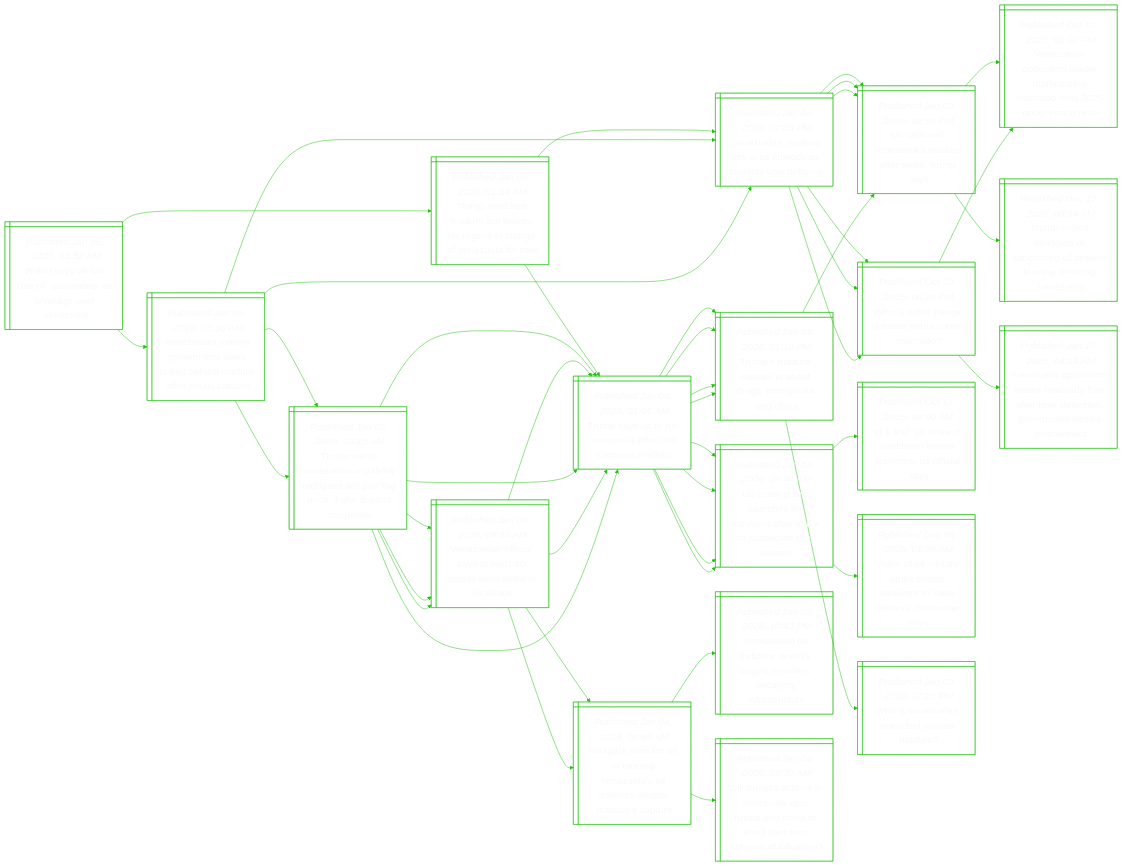
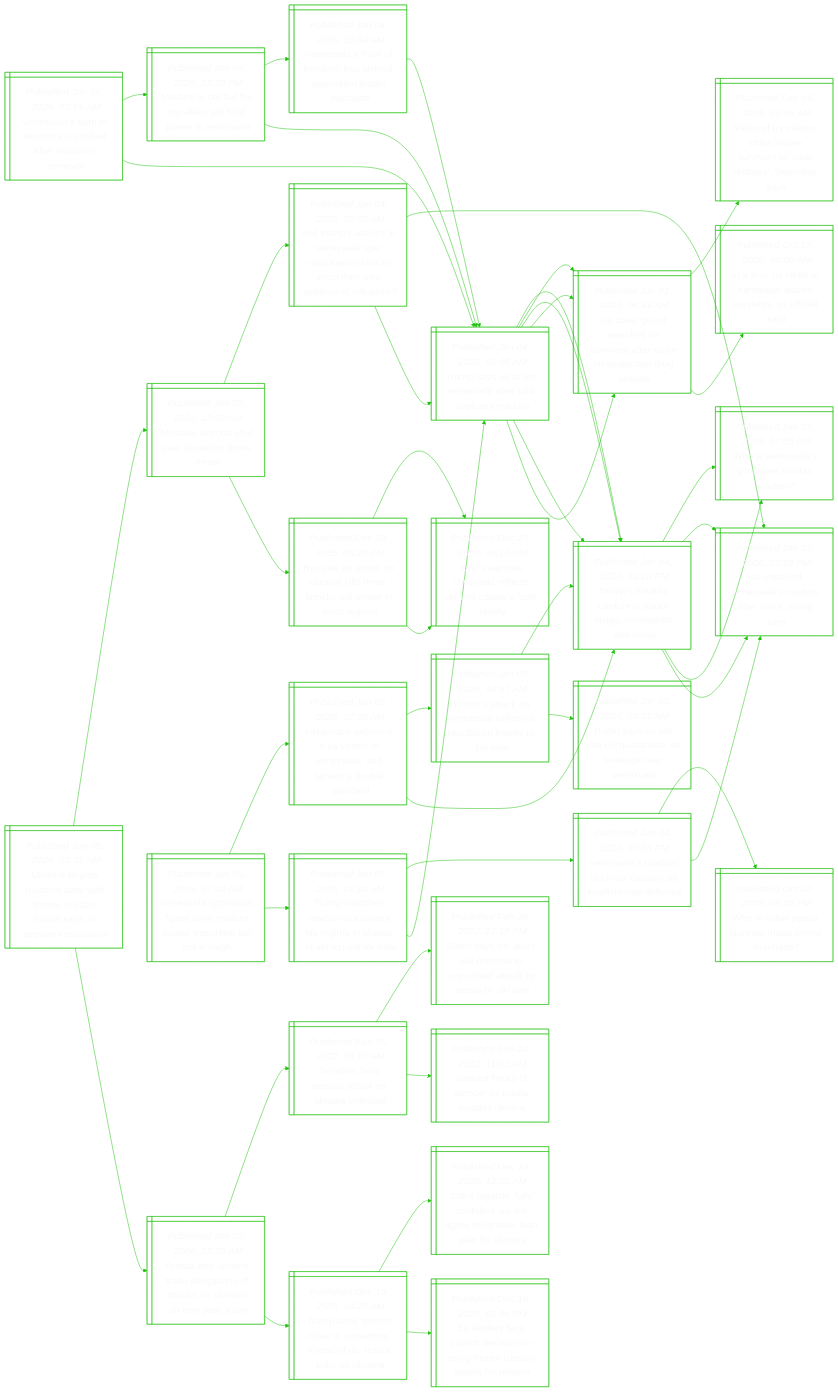
Before and after one commit to notJmes/notJmes: the diagram in README.md, drawn with Mermaid. The commit also changed other lines of this file, not shown here.

````diff
--- a/README.md
+++ b/README.md
@@ -16,8 +16,97 @@
 flowchart LR
 classDef txtsize font-size:20px;
 
-RsSulaeveVu@{ shape: win-pane, label: "_Published Jan 05, 2026, 03:52 AM_
-Rubio says us will use oil ‘quarantine’ as leverage over venezuela" }
+Vupotilfasv@{ shape: win-pane, label: "_Published Jan 05, 2026, 07:55 AM_
+Venezuela’s path to elections is unclear after maduro’s removal" }
+TsSnzaraeu@{ shape: win-pane, label: "_Published Jan 04, 2026, 01:05 AM_
+Trump says us to run venezuela after raid captures maduro" }
+Usrrfrreiscrs@{ shape: win-pane, label: "_Published Jan 01, 2026, 06:44 AM_
+Us coast guard searches for survivors after strike on suspected drug vessels" }
+Irseravrrfas@{ shape: win-pane, label: "_Published Oct 17, 2025, 08:00 AM_
+In a first, us strike in caribbean leaves survivors, us official says" }
+Voiriorrlisms@{ shape: win-pane, label: "_Published Dec 05, 2025, 01:36 AM_
+Video of us military strike shows survivors in ‘clear distress’, lawmaker says" }
+Tsrtstsgsh@{ shape: win-pane, label: "_Published Jan 04, 2026, 01:10 PM_
+Trump’s maduro capture is about drugs, immigrants and china" }
+UtVuMorkms@{ shape: win-pane, label: "_Published Jan 03, 2026, 02:58 PM_
+Us captured venezuela’s maduro after strike, trump says" }
+WVuPdisr@{ shape: win-pane, label: "_Published Jan 03, 2026, 07:25 PM_
+Who is venezuela’s president nicolas maduro?" }
+Motiaslpiea@{ shape: win-pane, label: "_Published Jan 04, 2026, 12:30 PM_
+Maduro is out but his top allies still hold power in venezuela" }
+TsSnzaraeu@{ shape: win-pane, label: "_Published Jan 04, 2026, 01:05 AM_
+Trump says us to run venezuela after raid captures maduro" }
+Usrrfrreiscrs@{ shape: win-pane, label: "_Published Jan 01, 2026, 06:44 AM_
+Us coast guard searches for survivors after strike on suspected drug vessels" }
+Tsrtstsgsh@{ shape: win-pane, label: "_Published Jan 04, 2026, 01:10 PM_
+Trump’s maduro capture is about drugs, immigrants and china" }
+Vuhfdsvpiaao@{ shape: win-pane, label: "_Published Jan 04, 2026, 03:04 AM_
+Venezuela's 'hour of freedom' has arrived: opposition leader machado" }
+TsSnzaraeu@{ shape: win-pane, label: "_Published Jan 04, 2026, 01:05 AM_
+Trump says us to run venezuela after raid captures maduro" }
+
+Vupotilfasv:::txtsize --> TsSnzaraeu:::txtsize
+TsSnzaraeu:::txtsize --> Usrrfrreiscrs:::txtsize
+Usrrfrreiscrs:::txtsize --> Irseravrrfas:::txtsize
+Usrrfrreiscrs:::txtsize --> Voiriorrlisms:::txtsize
+TsSnzaraeu:::txtsize --> Tsrtstsgsh:::txtsize
+Tsrtstsgsh:::txtsize --> UtVuMorkms:::txtsize
+Tsrtstsgsh:::txtsize --> WVuPdisr:::txtsize
+Vupotilfasv:::txtsize --> Motiaslpiea:::txtsize
+Motiaslpiea:::txtsize --> TsSnzaraeu:::txtsize
+TsSnzaraeu:::txtsize --> Usrrfrreiscrs:::txtsize
+TsSnzaraeu:::txtsize --> Tsrtstsgsh:::txtsize
+Motiaslpiea:::txtsize --> Vuhfdsvpiaao:::txtsize
+Vuhfdsvpiaao:::txtsize --> TsSnzaraeu:::txtsize
+
+Ungodwrisypnao@{ shape: win-pane, label: "_Published Jan 05, 2026, 07:35 AM_
+Ukraine targets moscow daily with drones in 2026, russia says, in apparent escalation" }
+Rakeegntsvner@{ shape: win-pane, label: "_Published Jan 02, 2026, 12:25 AM_
+Russia and ukraine trade allegations of attacks on civilians on new year’s day" }
+TsegemnaSikke@{ shape: win-pane, label: "_Published Dec 19, 2025, 04:20 AM_
+Trump says ‘getting close to something’ ahead of us, russia talks on ukraine" }
+EdaueosrRaeri@{ shape: win-pane, label: "_Published Dec 18, 2025, 03:36 PM_
+Eu leaders face crunch decision on using frozen russian assets for ukraine" }
+EaeyiElernpoa@{ shape: win-pane, label: "_Published Dec 19, 2025, 12:15 AM_
+Ecb’s lagarde ‘fully confident’ eu will agree reparation loan plan for ukraine" }
+Tiwitnifd@{ shape: win-pane, label: "_Published Feb 25, 2022, 08:15 AM_
+Timeline: how russia's attack on ukraine unfolded" }
+DsruasvUn@{ shape: win-pane, label: "_Published Feb 24, 2022, 11:01 AM_
+'darkest hours of europe' as russia invades ukraine" }
+BsSeloutdcuoa@{ shape: win-pane, label: "_Published Feb 24, 2022, 12:18 PM_
+Biden says us, allies will respond to 'unjustified' attack by russia on ukraine" }
+Mwoheanea@{ shape: win-pane, label: "_Published Jan 05, 2026, 12:32 AM_
+Moscow airports shut over ukrainian drone threat" }
+Raakrktksonrn@{ shape: win-pane, label: "_Published Dec 23, 2025, 05:23 PM_
+Russian air attack on ukraine kills three, knocks out power in most regions" }
+Kwmiseketpey@{ shape: win-pane, label: "_Published Dec 23, 2025, 06:10 PM_
+Kyiv’s wartime christmas reflects ukraine capital’s ‘split’ reality" }
+Kwmiseketpey@{ shape: win-pane, label: "_Published Dec 23, 2025, 06:10 PM_
+Kyiv’s wartime christmas reflects ukraine capital’s ‘split’ reality" }
+Wraneeusdaeenrie@{ shape: win-pane, label: "_Published Jan 04, 2026, 09:30 AM_
+Will trump’s actions in venezuela spur russia and china to erect their own spheres of influence?" }
+TsSnzaraeu@{ shape: win-pane, label: "_Published Jan 04, 2026, 01:05 AM_
+Trump says us to run venezuela after raid captures maduro" }
+UtVuMorkms@{ shape: win-pane, label: "_Published Jan 03, 2026, 02:58 PM_
+Us captured venezuela’s maduro after strike, trump says" }
+
+Ungodwrisypnao:::txtsize --> Rakeegntsvner:::txtsize
+Rakeegntsvner:::txtsize --> TsegemnaSikke:::txtsize
+TsegemnaSikke:::txtsize --> EdaueosrRaeri:::txtsize
+TsegemnaSikke:::txtsize --> EaeyiElernpoa:::txtsize
+Rakeegntsvner:::txtsize --> Tiwitnifd:::txtsize
+Tiwitnifd:::txtsize --> DsruasvUn:::txtsize
+Tiwitnifd:::txtsize --> BsSeloutdcuoa:::txtsize
+Ungodwrisypnao:::txtsize --> Mwoheanea:::txtsize
+Mwoheanea:::txtsize --> Raakrktksonrn:::txtsize
+Raakrktksonrn:::txtsize --> Kwmiseketpey:::txtsize
+Raakrktksonrn:::txtsize --> Kwmiseketpey:::txtsize
+Mwoheanea:::txtsize --> Wraneeusdaeenrie:::txtsize
+Wraneeusdaeenrie:::txtsize --> TsSnzaraeu:::txtsize
+Wraneeusdaeenrie:::txtsize --> UtVuMorkms:::txtsize
+
+Vuptisaorrbtg@{ shape: win-pane, label: "_Published Jan 05, 2026, 07:34 AM_
+Venezuela opposition figure says maduro ouster ‘important but not enough’" }
 Tshduvsmhoeao@{ shape: win-pane, label: "_Published Jan 05, 2026, 01:14 AM_
 Trump snatches maduro but leaves his regime in charge of venezuela for now" }
 TsSnzaraeu@{ shape: win-pane, label: "_Published Jan 04, 2026, 01:05 AM_
@@ -32,126 +121,34 @@
 Us captured venezuela’s maduro after strike, trump says" }
 WNPlarrao@{ shape: win-pane, label: "_Published Oct 10, 2025, 06:18 PM_
 Who is nobel peace laureate maria corina machado?" }
-Vuiienythaahcr@{ shape: win-pane, label: "_Published Jan 05, 2026, 03:36 AM_
-Venezuela’s interim government stays united behind maduro after his us capture" }
-VuMoiuyytdn@{ shape: win-pane, label: "_Published Jan 04, 2026, 07:03 PM_
-Venezuela’s maduro sits in us custody as loyalists vow defiance" }
+Unwmvreednutr@{ shape: win-pane, label: "_Published Jan 05, 2026, 07:00 AM_
+Ukrainians welcome a us victory in venezuela, and lament a double standard" }
+Tsrtstsgsh@{ shape: win-pane, label: "_Published Jan 04, 2026, 01:10 PM_
+Trump’s maduro capture is about drugs, immigrants and china" }
 UtVuMorkms@{ shape: win-pane, label: "_Published Jan 03, 2026, 02:58 PM_
 Us captured venezuela’s maduro after strike, trump says" }
-WNPlarrao@{ shape: win-pane, label: "_Published Oct 10, 2025, 06:18 PM_
-Who is nobel peace laureate maria corina machado?" }
-TwVuVcrzpgeenpe@{ shape: win-pane, label: "_Published Jan 05, 2026, 02:15 AM_
-Trump warns venezuelan v-p delcy rodriguez will pay ‘big price’ if she doesn’t cooperate" }
-Vuoiyeewiit@{ shape: win-pane, label: "_Published Jan 04, 2026, 09:30 AM_
-Venezuelan official says at least 40 people were killed in us attack" }
-TsSnzaraeu@{ shape: win-pane, label: "_Published Jan 04, 2026, 01:05 AM_
-Trump says us to run venezuela after raid captures maduro" }
+WVuPdisr@{ shape: win-pane, label: "_Published Jan 03, 2026, 07:25 PM_
+Who is venezuela’s president nicolas maduro?" }
+TsceelUuakie@{ shape: win-pane, label: "_Published Jan 05, 2026, 04:37 AM_
+Trump’s attack on venezuela rallies us republican hawks to his side" }
+RsSulaeveVu@{ shape: win-pane, label: "_Published Jan 05, 2026, 03:52 AM_
+Rubio says us will use oil ‘quarantine’ as leverage over venezuela" }
+Tsrtstsgsh@{ shape: win-pane, label: "_Published Jan 04, 2026, 01:10 PM_
+Trump’s maduro capture is about drugs, immigrants and china" }
 
-RsSulaeveVu:::txtsize --> Tshduvsmhoeao:::txtsize
+Vuptisaorrbtg:::txtsize --> Tshduvsmhoeao:::txtsize
 Tshduvsmhoeao:::txtsize --> TsSnzaraeu:::txtsize
 TsSnzaraeu:::txtsize --> Usrrfrreiscrs:::txtsize
 TsSnzaraeu:::txtsize --> Tsrtstsgsh:::txtsize
 Tshduvsmhoeao:::txtsize --> VuMoiuyytdn:::txtsize
 VuMoiuyytdn:::txtsize --> UtVuMorkms:::txtsize
 VuMoiuyytdn:::txtsize --> WNPlarrao:::txtsize
-RsSulaeveVu:::txtsize --> Vuiienythaahcr:::txtsize
-Vuiienythaahcr:::txtsize --> VuMoiuyytdn:::txtsize
-VuMoiuyytdn:::txtsize --> UtVuMorkms:::txtsize
-VuMoiuyytdn:::txtsize --> WNPlarrao:::txtsize
-Vuiienythaahcr:::txtsize --> TwVuVcrzpgeenpe:::txtsize
-TwVuVcrzpgeenpe:::txtsize --> Vuoiyeewiit:::txtsize
-TwVuVcrzpgeenpe:::txtsize --> TsSnzaraeu:::txtsize
-
-Vuiienythaahcr@{ shape: win-pane, label: "_Published Jan 05, 2026, 03:36 AM_
-Venezuela’s interim government stays united behind maduro after his us capture" }
-VuMoiuyytdn@{ shape: win-pane, label: "_Published Jan 04, 2026, 07:03 PM_
-Venezuela’s maduro sits in us custody as loyalists vow defiance" }
-UtVuMorkms@{ shape: win-pane, label: "_Published Jan 03, 2026, 02:58 PM_
-Us captured venezuela’s maduro after strike, trump says" }
-Vuoilranhibai@{ shape: win-pane, label: "_Published Oct 10, 2025, 05:02 PM_
-Venezuelan opposition leader maria corina machado wins 2025 nobel peace prize" }
-Toskftdasitgz@{ shape: win-pane, label: "_Published Dec 17, 2025, 08:34 AM_
-Trump orders blockade of sanctioned oil tankers leaving, entering venezuela" }
-WNPlarrao@{ shape: win-pane, label: "_Published Oct 10, 2025, 06:18 PM_
-Who is nobel peace laureate maria corina machado?" }
-Vuoilranhibai@{ shape: win-pane, label: "_Published Oct 10, 2025, 05:02 PM_
-Venezuelan opposition leader maria corina machado wins 2025 nobel peace prize" }
-VupteMderfngndsln@{ shape: win-pane, label: "_Published Jan 10, 2025, 04:14 AM_
-Venezuela opposition leader machado free after brief detention, government denies involvement" }
-TwVuVcrzpgeenpe@{ shape: win-pane, label: "_Published Jan 05, 2026, 02:15 AM_
-Trump warns venezuelan v-p delcy rodriguez will pay ‘big price’ if she doesn’t cooperate" }
-Vuoiyeewiit@{ shape: win-pane, label: "_Published Jan 04, 2026, 09:30 AM_
-Venezuelan official says at least 40 people were killed in us attack" }
-TsSnzaraeu@{ shape: win-pane, label: "_Published Jan 04, 2026, 01:05 AM_
-Trump says us to run venezuela after raid captures maduro" }
-NcsSpVuossidcr@{ shape: win-pane, label: "_Published Jan 04, 2026, 08:55 AM_
-No quick wins for us in tapping venezuela’s oil reserves despite maduro’s capture" }
-TsSnzaraeu@{ shape: win-pane, label: "_Published Jan 04, 2026, 01:05 AM_
-Trump says us to run venezuela after raid captures maduro" }
-Usrrfrreiscrs@{ shape: win-pane, label: "_Published Jan 01, 2026, 06:44 AM_
-Us coast guard searches for survivors after strike on suspected drug vessels" }
-Tsrtstsgsh@{ shape: win-pane, label: "_Published Jan 04, 2026, 01:10 PM_
-Trump’s maduro capture is about drugs, immigrants and china" }
-
-Vuiienythaahcr:::txtsize --> VuMoiuyytdn:::txtsize
-VuMoiuyytdn:::txtsize --> UtVuMorkms:::txtsize
-UtVuMorkms:::txtsize --> Vuoilranhibai:::txtsize
-UtVuMorkms:::txtsize --> Toskftdasitgz:::txtsize
-VuMoiuyytdn:::txtsize --> WNPlarrao:::txtsize
-WNPlarrao:::txtsize --> Vuoilranhibai:::txtsize
-WNPlarrao:::txtsize --> VupteMderfngndsln:::txtsize
-Vuiienythaahcr:::txtsize --> TwVuVcrzpgeenpe:::txtsize
-TwVuVcrzpgeenpe:::txtsize --> Vuoiyeewiit:::txtsize
-Vuoiyeewiit:::txtsize --> TsSnzaraeu:::txtsize
-Vuoiyeewiit:::txtsize --> NcsSpVuossidcr:::txtsize
-TwVuVcrzpgeenpe:::txtsize --> TsSnzaraeu:::txtsize
-TsSnzaraeu:::txtsize --> Usrrfrreiscrs:::txtsize
-TsSnzaraeu:::txtsize --> Tsrtstsgsh:::txtsize
-
-TwVuVcrzpgeenpe@{ shape: win-pane, label: "_Published Jan 05, 2026, 02:15 AM_
-Trump warns venezuelan v-p delcy rodriguez will pay ‘big price’ if she doesn’t cooperate" }
-Vuoiyeewiit@{ shape: win-pane, label: "_Published Jan 04, 2026, 09:30 AM_
-Venezuelan official says at least 40 people were killed in us attack" }
-TsSnzaraeu@{ shape: win-pane, label: "_Published Jan 04, 2026, 01:05 AM_
-Trump says us to run venezuela after raid captures maduro" }
-Usrrfrreiscrs@{ shape: win-pane, label: "_Published Jan 01, 2026, 06:44 AM_
-Us coast guard searches for survivors after strike on suspected drug vessels" }
-Tsrtstsgsh@{ shape: win-pane, label: "_Published Jan 04, 2026, 01:10 PM_
-Trump’s maduro capture is about drugs, immigrants and china" }
-NcsSpVuossidcr@{ shape: win-pane, label: "_Published Jan 04, 2026, 08:55 AM_
-No quick wins for us in tapping venezuela’s oil reserves despite maduro’s capture" }
-Vuodydgeeaist@{ shape: win-pane, label: "_Published Jan 03, 2026, 10:43 PM_
-Venezuelan oil industry: world’s largest reserves, decaying infrastructure" }
-Wraneeusdaeenrie@{ shape: win-pane, label: "_Published Jan 04, 2026, 09:30 AM_
-Will trump’s actions in venezuela spur russia and china to erect their own spheres of influence?" }
-TsSnzaraeu@{ shape: win-pane, label: "_Published Jan 04, 2026, 01:05 AM_
-Trump says us to run venezuela after raid captures maduro" }
-Usrrfrreiscrs@{ shape: win-pane, label: "_Published Jan 01, 2026, 06:44 AM_
-Us coast guard searches for survivors after strike on suspected drug vessels" }
-Irseravrrfas@{ shape: win-pane, label: "_Published Oct 17, 2025, 08:00 AM_
-In a first, us strike in caribbean leaves survivors, us official says" }
-Voiriorrlisms@{ shape: win-pane, label: "_Published Dec 05, 2025, 01:36 AM_
-Video of us military strike shows survivors in ‘clear distress’, lawmaker says" }
-Tsrtstsgsh@{ shape: win-pane, label: "_Published Jan 04, 2026, 01:10 PM_
-Trump’s maduro capture is about drugs, immigrants and china" }
-UtVuMorkms@{ shape: win-pane, label: "_Published Jan 03, 2026, 02:58 PM_
-Us captured venezuela’s maduro after strike, trump says" }
-WVuPdisr@{ shape: win-pane, label: "_Published Jan 03, 2026, 07:25 PM_
-Who is venezuela’s president nicolas maduro?" }
-
-TwVuVcrzpgeenpe:::txtsize --> Vuoiyeewiit:::txtsize
-Vuoiyeewiit:::txtsize --> TsSnzaraeu:::txtsize
-TsSnzaraeu:::txtsize --> Usrrfrreiscrs:::txtsize
-TsSnzaraeu:::txtsize --> Tsrtstsgsh:::txtsize
-Vuoiyeewiit:::txtsize --> NcsSpVuossidcr:::txtsize
-NcsSpVuossidcr:::txtsize --> Vuodydgeeaist:::txtsize
-NcsSpVuossidcr:::txtsize --> Wraneeusdaeenrie:::txtsize
-TwVuVcrzpgeenpe:::txtsize --> TsSnzaraeu:::txtsize
-TsSnzaraeu:::txtsize --> Usrrfrreiscrs:::txtsize
-Usrrfrreiscrs:::txtsize --> Irseravrrfas:::txtsize
-Usrrfrreiscrs:::txtsize --> Voiriorrlisms:::txtsize
-TsSnzaraeu:::txtsize --> Tsrtstsgsh:::txtsize
+Vuptisaorrbtg:::txtsize --> Unwmvreednutr:::txtsize
+Unwmvreednutr:::txtsize --> Tsrtstsgsh:::txtsize
 Tsrtstsgsh:::txtsize --> UtVuMorkms:::txtsize
 Tsrtstsgsh:::txtsize --> WVuPdisr:::txtsize
+Unwmvreednutr:::txtsize --> TsceelUuakie:::txtsize
+TsceelUuakie:::txtsize --> RsSulaeveVu:::txtsize
+TsceelUuakie:::txtsize --> Tsrtstsgsh:::txtsize
 
 ```
````
